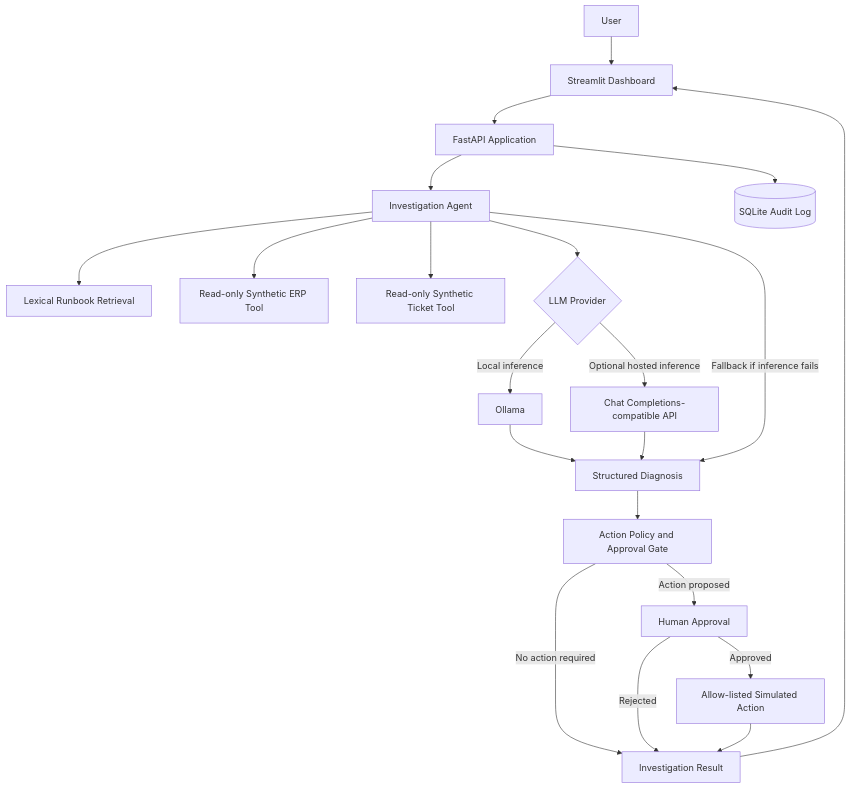
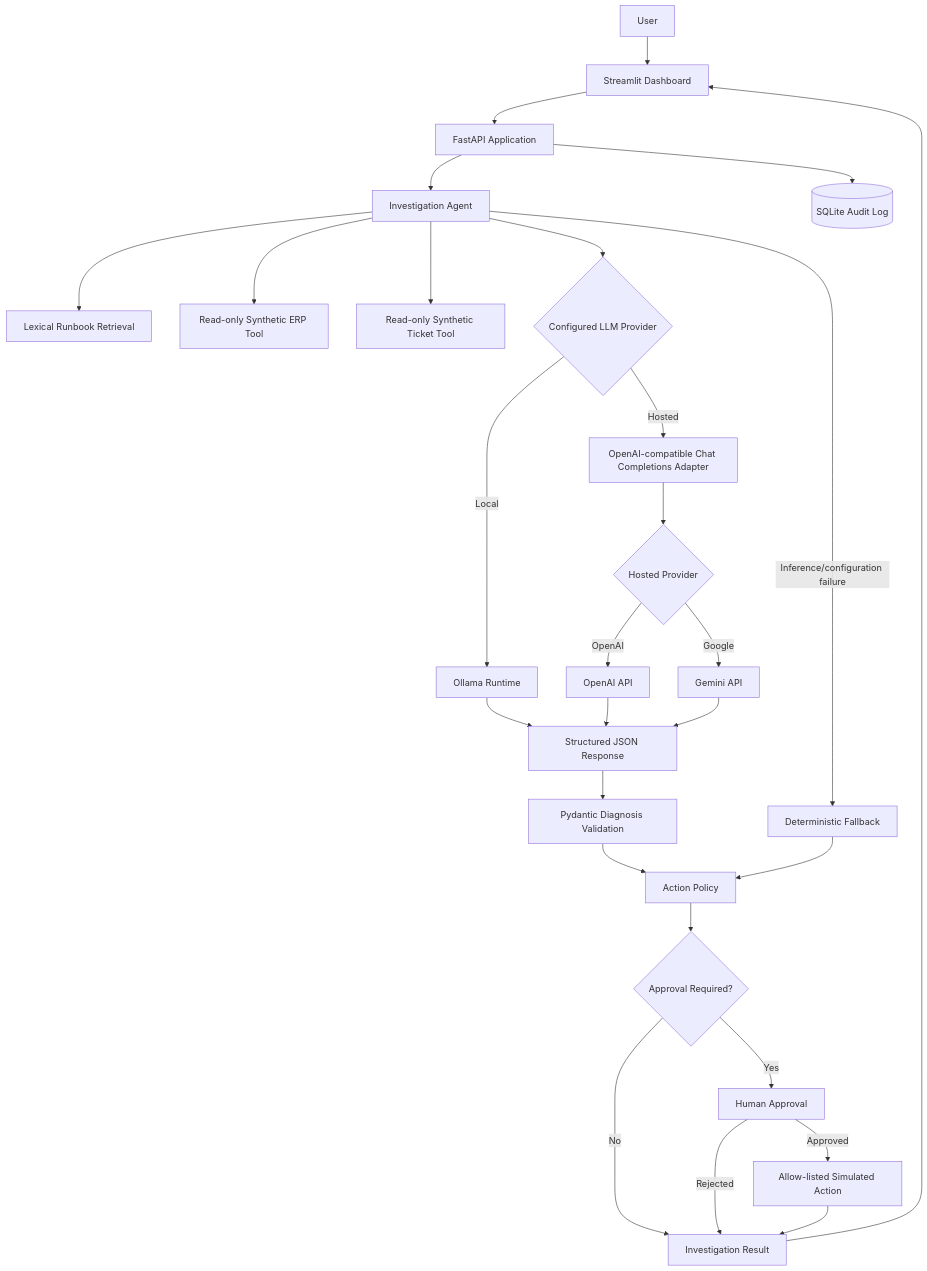
One commit to XXJanusXX/OpsFlow changed the diagram in README.md. Above: the diagram before and after it, drawn with Mermaid. The commit also changed other lines of this file, not shown here.

Commit message:
Expand architecture with OpenAI and Gemini provider workflows

````diff
--- a/README.md
+++ b/README.md
@@ -11,27 +11,38 @@
 ```mermaid
 flowchart TD
     U[User] --> UI[Streamlit Dashboard]
     UI --> API[FastAPI Application]
     API --> AGENT[Investigation Agent]
 
     AGENT --> RET[Lexical Runbook Retrieval]
     AGENT --> ERP[Read-only Synthetic ERP Tool]
     AGENT --> TICKET[Read-only Synthetic Ticket Tool]
 
-    AGENT --> LLM{LLM Provider}
-    LLM -->|Local inference| OLLAMA[Ollama]
-    LLM -->|Optional hosted inference| HOSTED[Chat Completions-compatible API]
-    OLLAMA --> DIAG[Structured Diagnosis]
-    HOSTED --> DIAG
-    AGENT -->|Fallback if inference fails| DIAG
+    AGENT --> SELECT{Configured LLM Provider}
 
-    DIAG --> POLICY[Action Policy and Approval Gate]
-    POLICY -->|No action required| RESULT[Investigation Result]
-    POLICY -->|Action proposed| HUMAN[Human Approval]
+    SELECT -->|Local| OLLAMA[Ollama Runtime]
+    SELECT -->|Hosted| COMPAT[OpenAI-compatible Chat Completions Adapter]
+
+    COMPAT --> HOSTED_SELECT{Hosted Provider}
+    HOSTED_SELECT -->|OpenAI| OPENAI[OpenAI API]
+    HOSTED_SELECT -->|Google| GEMINI[Gemini API]
+
+    OLLAMA --> PARSE[Structured JSON Response]
+    OPENAI --> PARSE
+    GEMINI --> PARSE
+
+    PARSE --> VALIDATE[Pydantic Diagnosis Validation]
+    AGENT -->|Inference/configuration failure| FALLBACK[Deterministic Fallback]
+    VALIDATE --> POLICY[Action Policy]
+    FALLBACK --> POLICY
+
+    POLICY --> GATE{Approval Required?}
+    GATE -->|No| RESULT[Investigation Result]
+    GATE -->|Yes| HUMAN[Human Approval]
     HUMAN -->|Approved| SIM[Allow-listed Simulated Action]
     HUMAN -->|Rejected| RESULT
     SIM --> RESULT
 
     API --> AUDIT[(SQLite Audit Log)]
     RESULT --> UI
 ```
````
